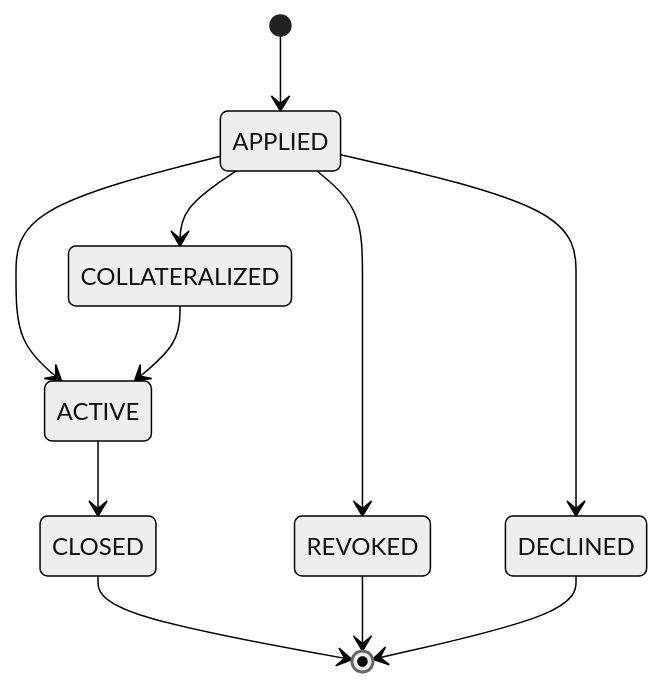
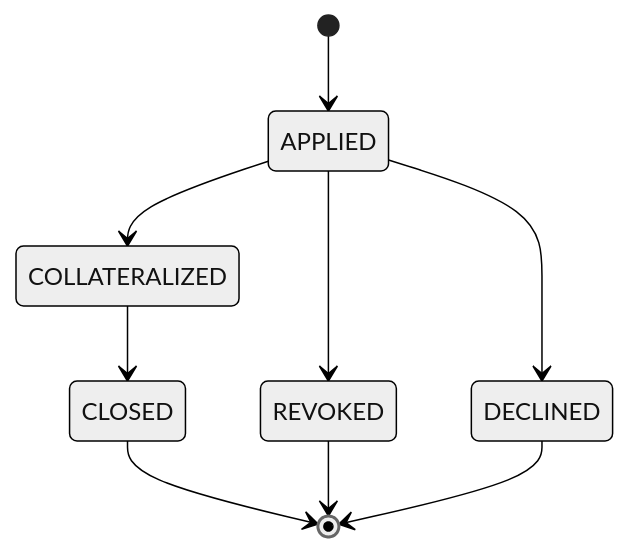
The fourth of 8 diagrams in docs_manual/lifecycle.md (etherisc/gif-next), drawn with Mermaid (neutral theme) before and after one commit. The commit also changed 7 other files, not shown here.

````diff
--- a/docs_manual/lifecycle.md
+++ b/docs_manual/lifecycle.md
@@ -43,13 +43,11 @@
 ```mermaid
 stateDiagram-v2
     [*] --> APPLIED
     APPLIED --> REVOKED
     APPLIED --> DECLINED 
     APPLIED --> COLLATERALIZED
-    APPLIED --> ACTIVE
-    COLLATERALIZED --> ACTIVE
-    ACTIVE --> CLOSED
+    COLLATERALIZED --> CLOSED
     CLOSED --> [*]
     REVOKED --> [*]
     DECLINED --> [*]
 ```
````
